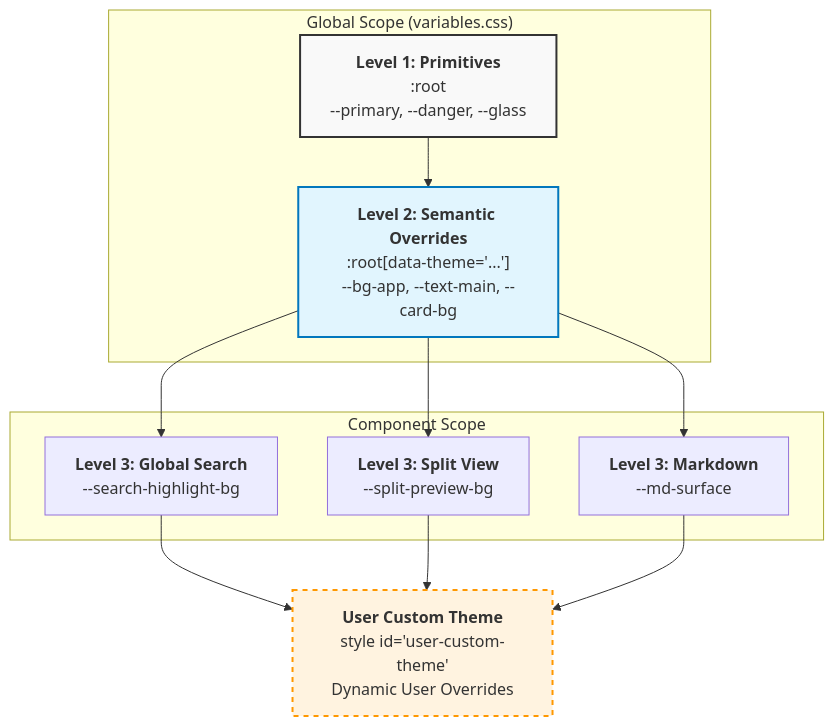
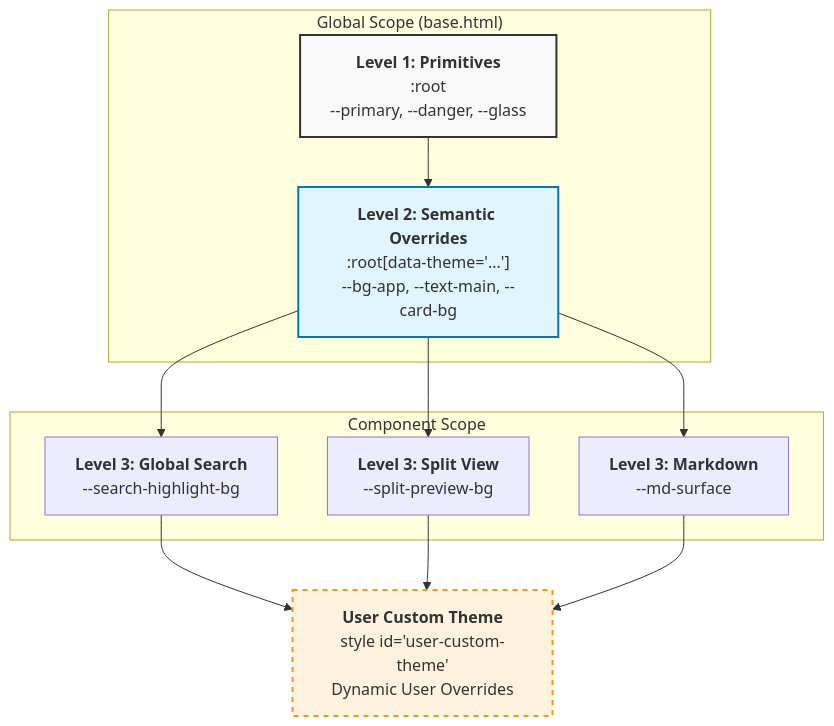
Before and after one commit to amirbiron/CodeBot: the diagram in docs/webapp/theming_and_css.rst, drawn with Mermaid. The commit also changed other lines of this file, not shown here.

First line of the commit message:
docs(theming): הטוקנים יושבים ב-base.html, לא בקובץ שאינו קיים (#3274)

```diff
--- a/docs/webapp/theming_and_css.rst
+++ b/docs/webapp/theming_and_css.rst
@@ -35,27 +39,27 @@
 .. mermaid::
 
    graph TD
-       subgraph "Global Scope (variables.css)"
+       subgraph "Global Scope (base.html)"
            L1["<b>Level 1: Primitives</b><br/>:root<br/>--primary, --danger, --glass"]
            L2["<b>Level 2: Semantic Overrides</b><br/>:root[data-theme='...']<br/>--bg-app, --text-main, --card-bg"]
        end
 
        subgraph "Component Scope"
            L3_A["<b>Level 3: Global Search</b><br/>--search-highlight-bg"]
            L3_B["<b>Level 3: Split View</b><br/>--split-preview-bg"]
            L3_C["<b>Level 3: Markdown</b><br/>--md-surface"]
        end
 
        L4["<b>User Custom Theme</b><br/>style id='user-custom-theme'<br/>Dynamic User Overrides"]
 
        L1 --> L2
        L2 --> L3_A
        L2 --> L3_B
        L2 --> L3_C
        L3_A --> L4
        L3_B --> L4
        L3_C --> L4
 
        style L1 fill:#f9f9f9,stroke:#333,stroke-width:2px
        style L2 fill:#e1f5fe,stroke:#0277bd,stroke-width:2px
        style L4 fill:#fff3e0,stroke:#ff9800,stroke-width:2px,stroke-dasharray: 5 5
```
